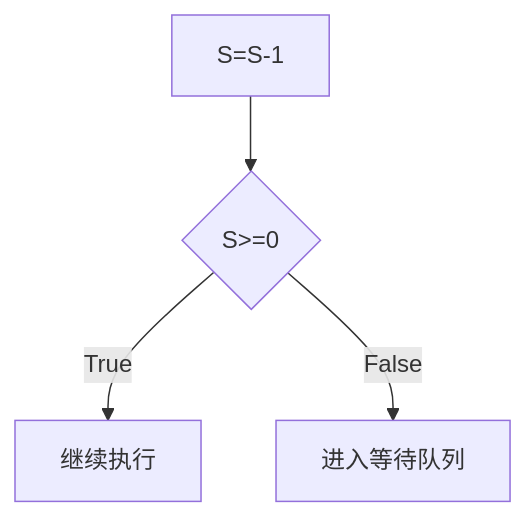
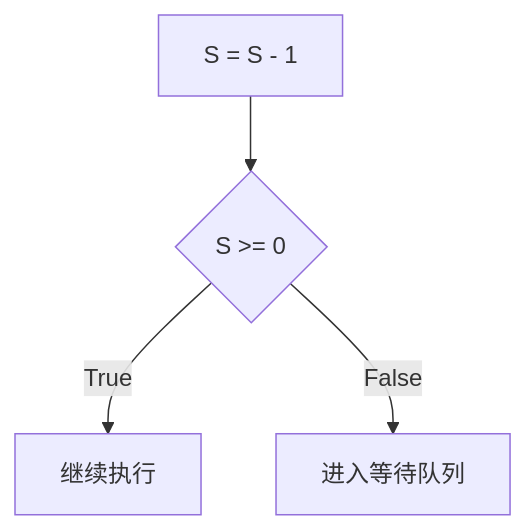
The diagram in Exam/Software-Designer/3.01 操作系统原理.md (thesixonenine/notebook), drawn with Mermaid before and after one commit.

Commit message:
test mermaid

````diff
--- a/Exam/Software-Designer/3.01 操作系统原理.md
+++ b/Exam/Software-Designer/3.01 操作系统原理.md
@@ -91,6 +91,6 @@
 ```mermaid
 graph TD;
-    A[S=S-1] --> B{S>=0};
+    A[S = S - 1] --> B{S >= 0};
     B -->|True| C[继续执行];
     B -->|False| D[进入等待队列];
 ```
````
